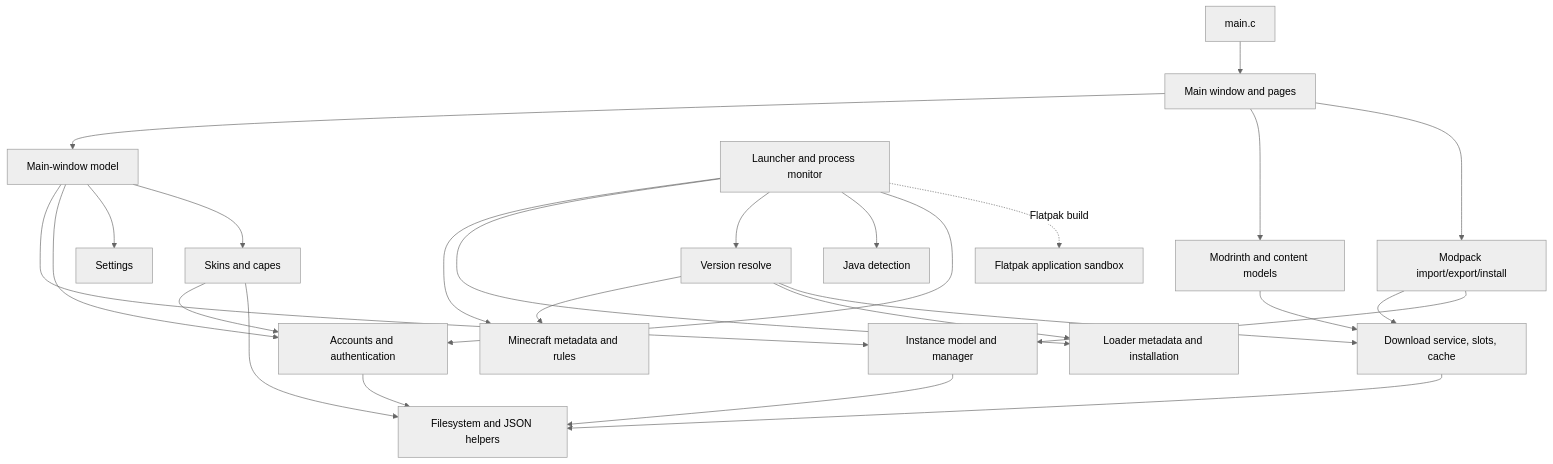
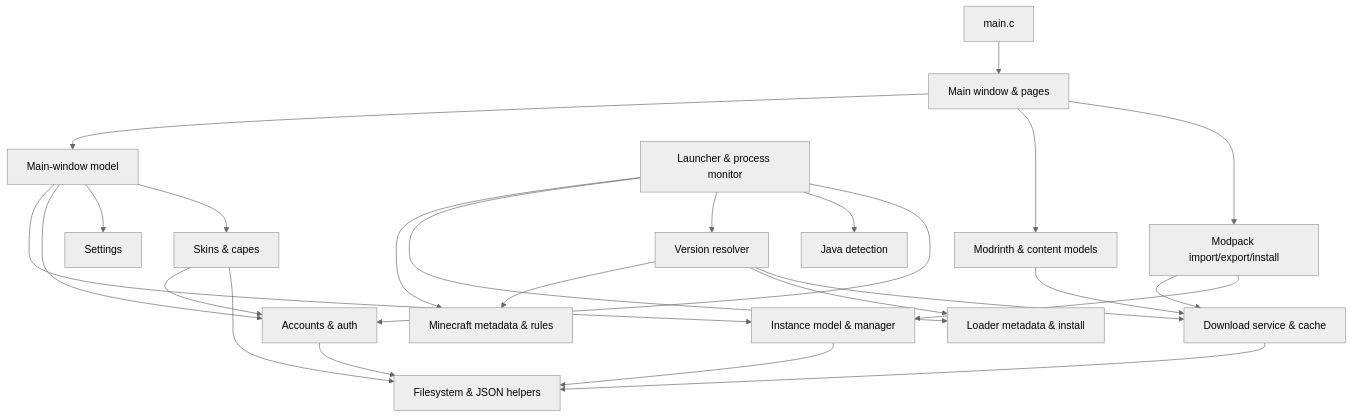
One commit to NuvashaLauncher/NuvashaLauncher changed the second of 3 diagrams in docs/architecture.md. Above: the diagram before and after it, drawn with Mermaid (neutral theme). The commit also changed other lines of this file and 7 other files, not shown here.

````diff
--- a/docs/architecture.md
+++ b/docs/architecture.md
@@ -83,46 +47,44 @@
 ```mermaid
 flowchart TD
     Main[main.c]
-    Window[Main window and pages]
+    Window[Main window & pages]
     Model[Main-window model]
-    Instances[Instance model and manager]
-    Accounts[Accounts and authentication]
+    Instances[Instance model & manager]
+    Accounts[Accounts & auth]
     Settings[Settings]
-    Content[Modrinth and content models]
+    Content[Modrinth & content models]
     Packs[Modpack import/export/install]
-    Versions[Minecraft metadata and rules]
-    Loaders[Loader metadata and installation]
-    Resolve[Version resolve]
-    Downloads[Download service, slots, cache]
-    Launch[Launcher and process monitor]
+    Versions[Minecraft metadata & rules]
+    Loaders[Loader metadata & install]
+    Resolve[Version resolver]
+    Downloads[Download service & cache]
+    Launch[Launcher & process monitor]
     Java[Java detection]
-    Skins[Skins and capes]
-    Flatpak[Flatpak application sandbox]
-    FS[Filesystem and JSON helpers]
+    Skins[Skins & capes]
+    FS[Filesystem & JSON helpers]
 
     Main --> Window
     Window --> Model
     Model --> Instances
     Model --> Accounts
     Model --> Settings
     Model --> Skins
     Window --> Content
     Window --> Packs
     Content --> Downloads
     Packs --> Downloads
     Packs --> Instances
     Launch --> Versions
     Launch --> Loaders
     Launch --> Resolve
     Launch --> Java
     Launch --> Accounts
     Skins --> Accounts
     Resolve --> Versions
     Resolve --> Loaders
     Resolve --> Downloads
-    Launch -. Flatpak build .-> Flatpak
     Instances --> FS
     Accounts --> FS
     Downloads --> FS
     Skins --> FS
 ```
````
